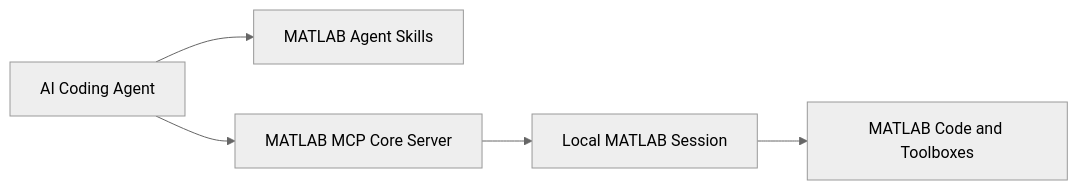
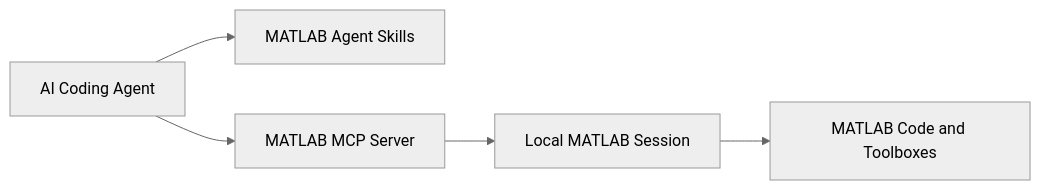
One commit to Yang-goat/MyBlog changed the diagram in src/ai-practice/skills-mcp/matlabAgenticToolkit.md. Above: the diagram before and after it, drawn with Mermaid (neutral theme). The commit also changed other lines of this file and 2 other files, not shown here.

````diff
--- a/src/ai-practice/skills-mcp/matlabAgenticToolkit.md
+++ b/src/ai-practice/skills-mcp/matlabAgenticToolkit.md
@@ -37,7 +38,7 @@
 ```mermaid
 flowchart LR
     A["AI Coding Agent"] --> B["MATLAB Agent Skills"]
-    A --> C["MATLAB MCP Core Server"]
+    A --> C["MATLAB MCP Server"]
     C --> D["Local MATLAB Session"]
     D --> E["MATLAB Code and Toolboxes"]
 ```
````
